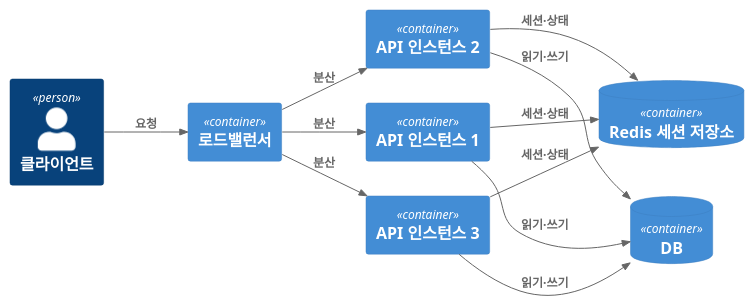
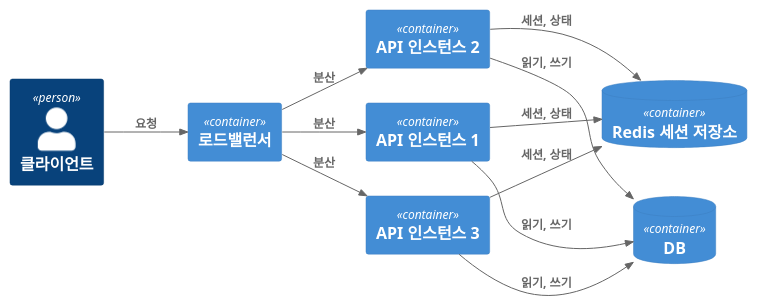
The second of 6 diagrams in blog/2026-08-21-scaling-architecture-step-by-step.mdx (johnycho/johny-dev), drawn with PlantUML before and after one commit. The commit also changed other lines of this file and 188 other files, not shown here.

````diff
--- a/blog/2026-08-21-scaling-architecture-step-by-step.mdx
+++ b/blog/2026-08-21-scaling-architecture-step-by-step.mdx
@@ -79,25 +79,25 @@
 ```plantuml
 @startuml
 !include https://raw.githubusercontent.com/plantuml-stdlib/C4-PlantUML/master/C4_Container.puml
 LAYOUT_LEFT_RIGHT()
 
 Person(client, "클라이언트")
 Container(lb, "로드밸런서")
 Container(api1, "API 인스턴스 1")
 Container(api2, "API 인스턴스 2")
 Container(api3, "API 인스턴스 3")
 ContainerDb(db, "DB")
 ContainerDb(redis, "Redis 세션 저장소")
 
 Rel(client, lb, "요청")
 Rel(lb, api1, "분산")
 Rel(lb, api2, "분산")
 Rel(lb, api3, "분산")
-Rel(api1, db, "읽기·쓰기")
-Rel(api2, db, "읽기·쓰기")
-Rel(api3, db, "읽기·쓰기")
-Rel(api1, redis, "세션·상태")
-Rel(api2, redis, "세션·상태")
-Rel(api3, redis, "세션·상태")
+Rel(api1, db, "읽기, 쓰기")
+Rel(api2, db, "읽기, 쓰기")
+Rel(api3, db, "읽기, 쓰기")
+Rel(api1, redis, "세션, 상태")
+Rel(api2, redis, "세션, 상태")
+Rel(api3, redis, "세션, 상태")
 @enduml
 ```
````
